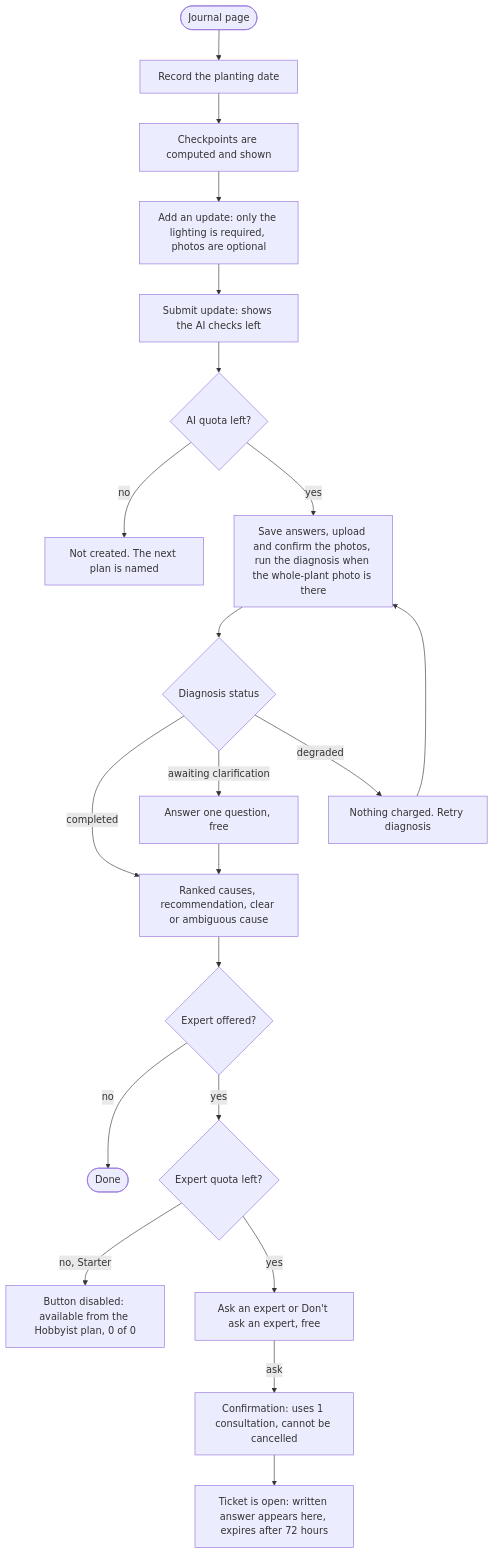
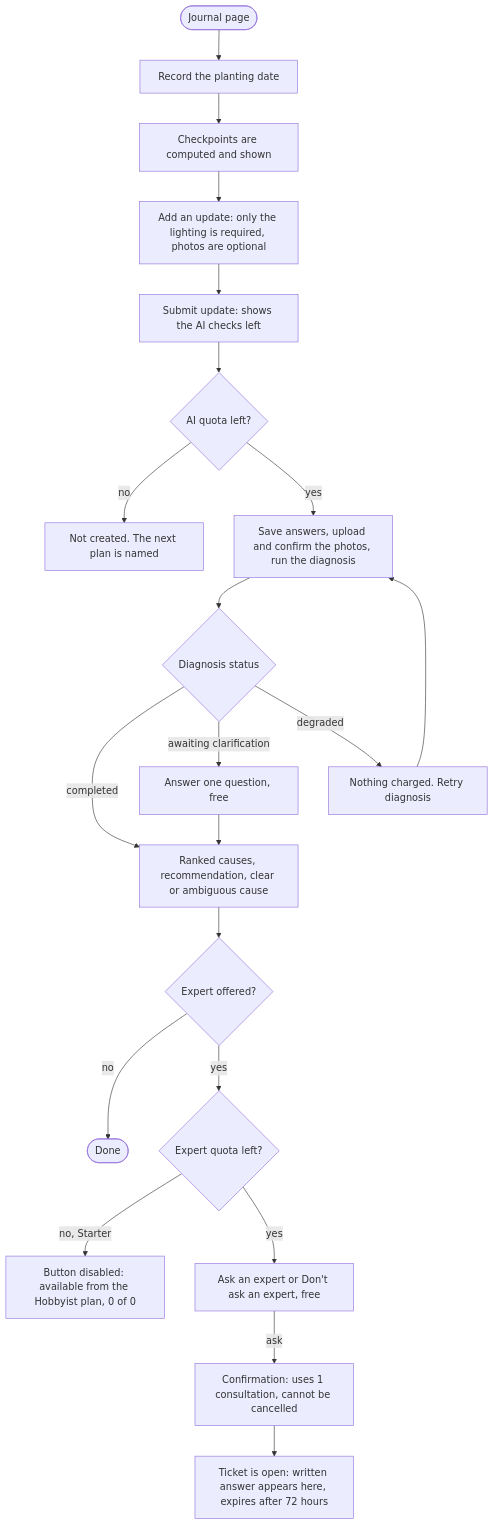
Before and after one commit to DaniilTsitavets/diploma-growpath-frontend: the fourth of 8 diagrams in docs/user-flows.md, drawn with Mermaid. The commit also changed 13 other files, not shown here.

````diff
--- a/docs/user-flows.md
+++ b/docs/user-flows.md
@@ -94,23 +94,23 @@
 ```mermaid
 flowchart TD
   A([Journal page]) --> B[Record the planting date]
   B --> C[Checkpoints are computed and shown]
   C --> D[Add an update: only the lighting is required, photos are optional]
   D --> E[Submit update: shows the AI checks left]
   E --> F{AI quota left?}
   F -->|no| G[Not created. The next plan is named]
-  F -->|yes| H[Save answers, upload and confirm the photos, run the diagnosis when the whole-plant photo is there]
+  F -->|yes| H[Save answers, upload and confirm the photos, run the diagnosis]
   H --> I{Diagnosis status}
   I -->|completed| J[Ranked causes, recommendation, clear or ambiguous cause]
   I -->|awaiting clarification| K[Answer one question, free]
   K --> J
   I -->|degraded| L[Nothing charged. Retry diagnosis]
   L --> H
   J --> M{Expert offered?}
   M -->|no| N([Done])
   M -->|yes| O{Expert quota left?}
   O -->|no, Starter| P[Button disabled: available from the Hobbyist plan, 0 of 0]
   O -->|yes| Q[Ask an expert or Don't ask an expert, free]
   Q -->|ask| R[Confirmation: uses 1 consultation, cannot be cancelled]
   R --> S[Ticket is open: written answer appears here, expires after 72 hours]
 ```
````
